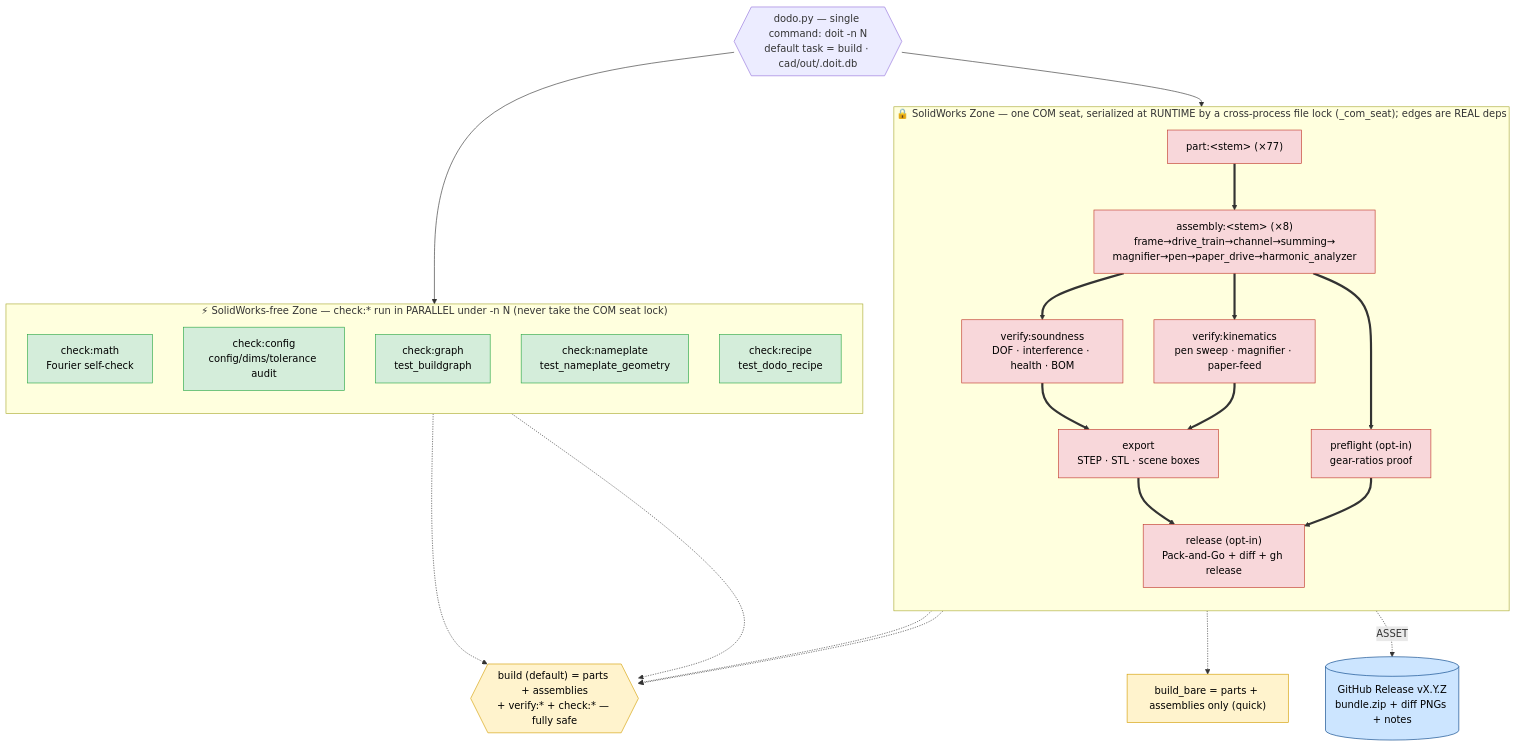
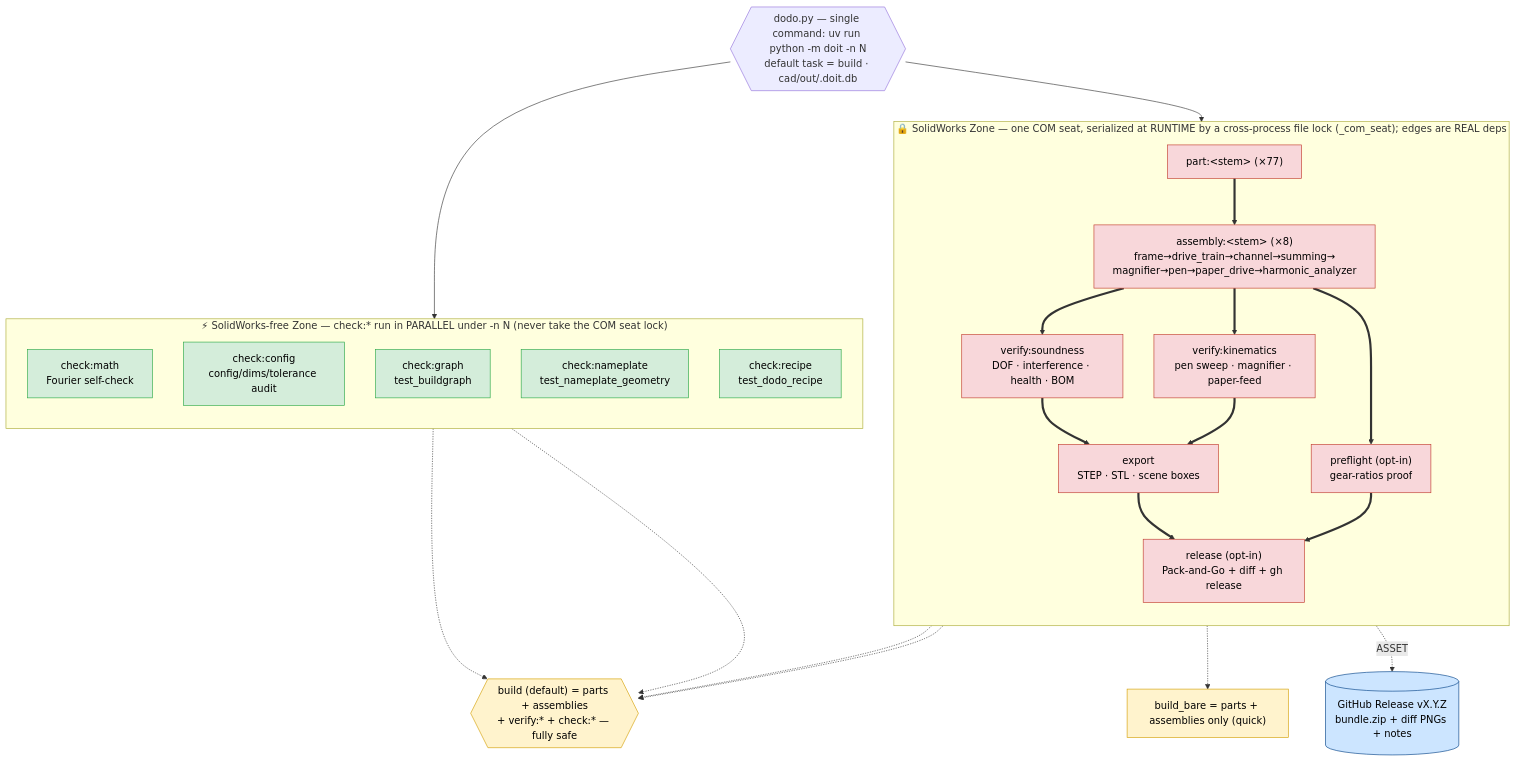
One commit to pedropaulovc/harmonic-analyzer changed the diagram in cad/docs/pipeline/build_flow_target.mmd. Above: the diagram before and after it, drawn with Mermaid. The commit also changed 8 other files, not shown here.

```diff
--- a/cad/docs/pipeline/build_flow_target.mmd
+++ b/cad/docs/pipeline/build_flow_target.mmd
@@ -1,47 +1,47 @@
 flowchart TD
-    DOIT{{"dodo.py — single command: doit -n N<br/>default task = build · cad/out/.doit.db"}}
+    DOIT{{"dodo.py — single command: uv run python -m doit -n N<br/>default task = build · cad/out/.doit.db"}}
 
     subgraph COM["🔒 SolidWorks Zone — one COM seat, serialized at RUNTIME by a cross-process file lock (_com_seat); edges are REAL deps"]
         direction TB
         PART["part:&lt;stem&gt; (×77)"] ==> ASM["assembly:&lt;stem&gt; (×8)<br/>frame→drive_train→channel→summing→<br/>magnifier→pen→paper_drive→harmonic_analyzer"]
         ASM ==> VS["verify:soundness<br/>DOF · interference · health · BOM"]
         ASM ==> VKIN["verify:kinematics<br/>pen sweep · magnifier · paper-feed"]
         ASM ==> PRE["preflight (opt-in)<br/>gear-ratios proof"]
         VS ==> EXP["export<br/>STEP · STL · scene boxes"]
         VKIN ==> EXP
         EXP ==> REL["release (opt-in)<br/>Pack-and-Go + diff + gh release"]
         PRE ==> REL
     end
 
     DOIT --> PART
 
     subgraph CPU["⚡ SolidWorks-free Zone — check:* run in PARALLEL under -n N (never take the COM seat lock)"]
         direction TB
         CM["check:math<br/>Fourier self-check"]
         CC["check:config<br/>config/dims/tolerance audit"]
         CG["check:graph<br/>test_buildgraph"]
         CN["check:nameplate<br/>test_nameplate_geometry"]
         CR["check:recipe<br/>test_dodo_recipe"]
     end
 
     DOIT --> CM
 
     %% build = every part + assembly + every gate (the one safe entry)
     BUILD{{"build (default) = parts + assemblies<br/>+ verify:* + check:* — fully safe"}}
     ASM -.-> BUILD
     VKIN -.-> BUILD
     CM -.-> BUILD
     CR -.-> BUILD
     BBARE["build_bare = parts + assemblies only (quick)"]
     ASM -.-> BBARE
 
     REL -.->|ASSET| OUT[("GitHub Release vX.Y.Z<br/>bundle.zip + diff PNGs + notes")]
 
     classDef gate fill:#fff3cd,stroke:#d39e00,color:#000;
     classDef serial fill:#f8d7da,stroke:#c0392b,color:#000;
     classDef par fill:#d4edda,stroke:#28a745,color:#000;
     classDef asset fill:#cce5ff,stroke:#004085,color:#000;
     class BUILD,BBARE gate;
     class PART,ASM,VS,VKIN,PRE,EXP,REL serial;
     class CM,CC,CG,CN,CR par;
     class OUT asset;
```
